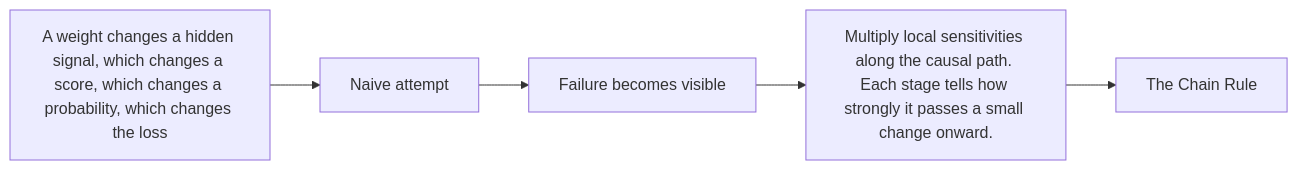
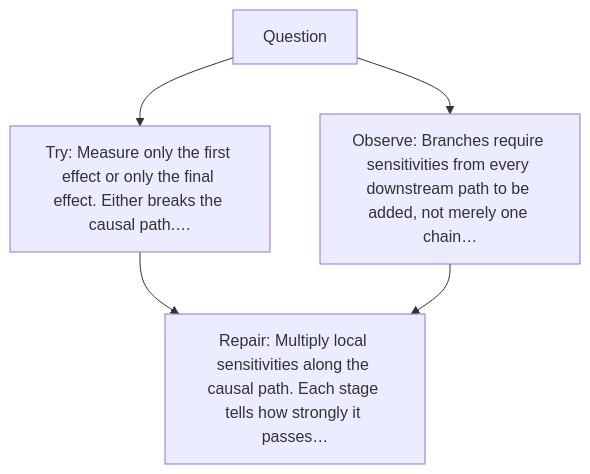
The diagram in excavations/023-chain-rule/diagram.md (kleem-labs/AI-Archaeology), drawn with Mermaid before and after one commit. The commit also changed other lines of this file and 288 other files, not shown here.

````diff
--- a/excavations/023-chain-rule/diagram.md
+++ b/excavations/023-chain-rule/diagram.md
@@ -3,7 +5,7 @@
-~~~mermaid
-flowchart LR
- A["A weight changes a hidden signal, which changes a score, which changes a probability, which changes the loss"] --> B["Naive attempt"]
- B --> C["Failure becomes visible"]
- C --> D["Multiply local sensitivities along the causal path. Each stage tells how strongly it passes a small change onward."]
- D --> E["The Chain Rule"]
-~~~
+```mermaid
+flowchart TD
+    A["Question"] --> B["Try: Measure only the first effect or only the final effect. Either breaks the causal path.…"]
+    A --> C["Observe: Branches require sensitivities from every downstream path to be added, not merely one chain…"]
+    B --> D["Repair: Multiply local sensitivities along the causal path. Each stage tells how strongly it passes…"]
+    C --> D
+```
````
